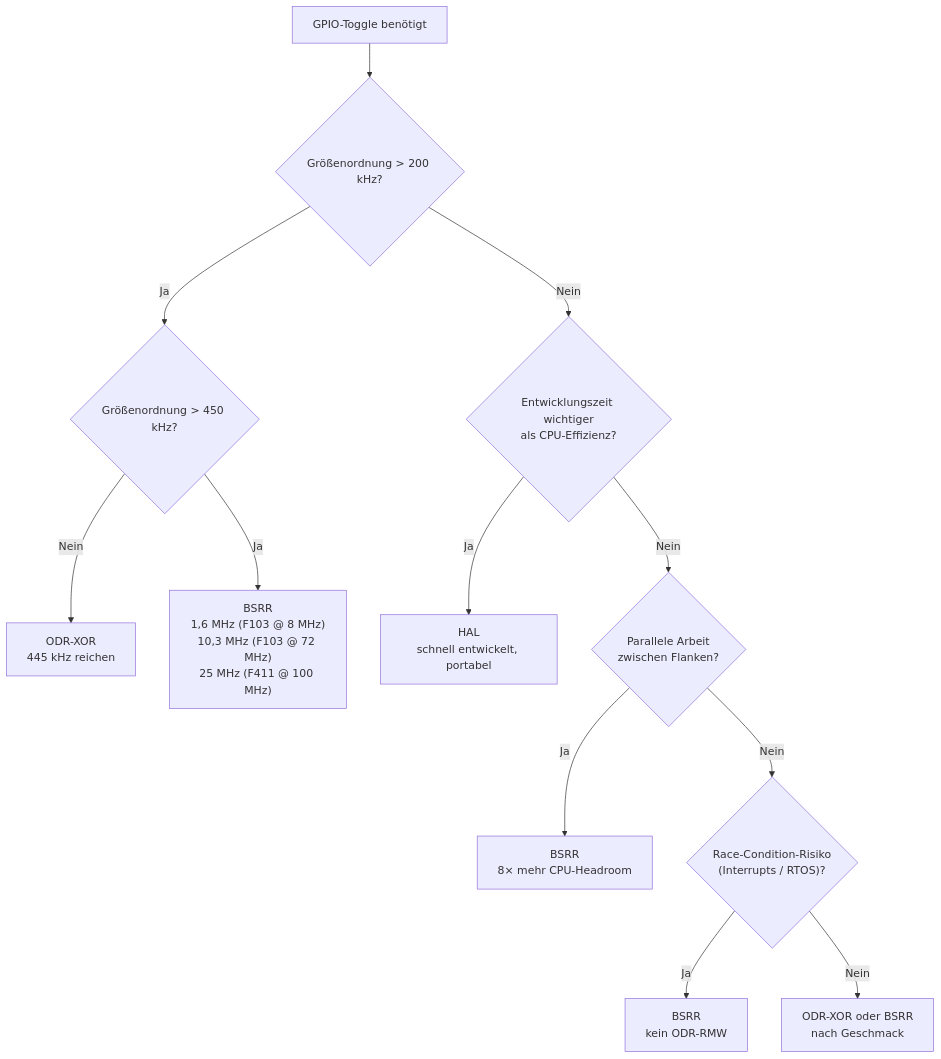
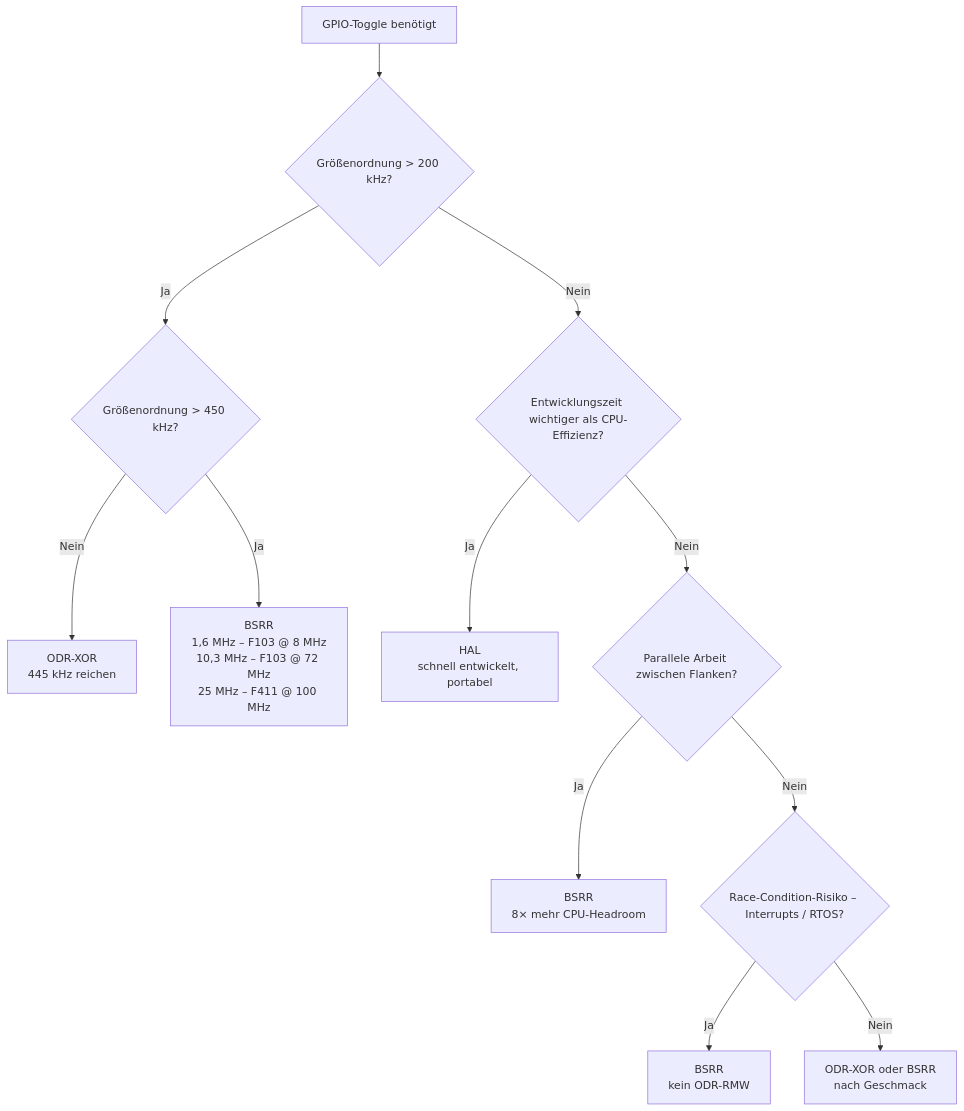
One commit to STM32-Guru-Lab/fonsclarus-engineering changed the diagram in content/blog/stm32-gpio-summary-guide/index.md. Above: the diagram before and after it, drawn with Mermaid. The commit also changed other lines of this file and 6 other files, not shown here.

First line of the commit message:
feat: Mermaid.js diagram support + blog pagination

````diff
--- a/content/blog/stm32-gpio-summary-guide/index.md
+++ b/content/blog/stm32-gpio-summary-guide/index.md
@@ -63,14 +64,14 @@
 ```mermaid
 graph TD
     A["GPIO-Toggle benötigt"] --> B{"Größenordnung > 200 kHz?"}
-    B -->|Nein| C{"Entwicklungszeit wichtiger<br>als CPU-Effizienz?"}
+    B -->|Nein| C{"Entwicklungszeit wichtiger als CPU-Effizienz?"}
     B -->|Ja| D{"Größenordnung > 450 kHz?"}
     D -->|Nein| E["ODR-XOR<br>445 kHz reichen"]
-    D -->|Ja| F["BSRR<br>1,6 MHz (F103 @ 8 MHz)<br>10,3 MHz (F103 @ 72 MHz)<br>25 MHz (F411 @ 100 MHz)"]
+    D -->|Ja| F["BSRR<br>1,6 MHz – F103 @ 8 MHz<br>10,3 MHz – F103 @ 72 MHz<br>25 MHz – F411 @ 100 MHz"]
     C -->|Ja| G["HAL<br>schnell entwickelt, portabel"]
-    C -->|Nein| H{"Parallele Arbeit<br>zwischen Flanken?"}
+    C -->|Nein| H{"Parallele Arbeit zwischen Flanken?"}
     H -->|Ja| I["BSRR<br>8× mehr CPU-Headroom"]
-    H -->|Nein| J{"Race-Condition-Risiko<br>(Interrupts / RTOS)?"}
+    H -->|Nein| J{"Race-Condition-Risiko – Interrupts / RTOS?"}
     J -->|Ja| K["BSRR<br>kein ODR-RMW"]
     J -->|Nein| L["ODR-XOR oder BSRR<br>nach Geschmack"]
 ```
````
